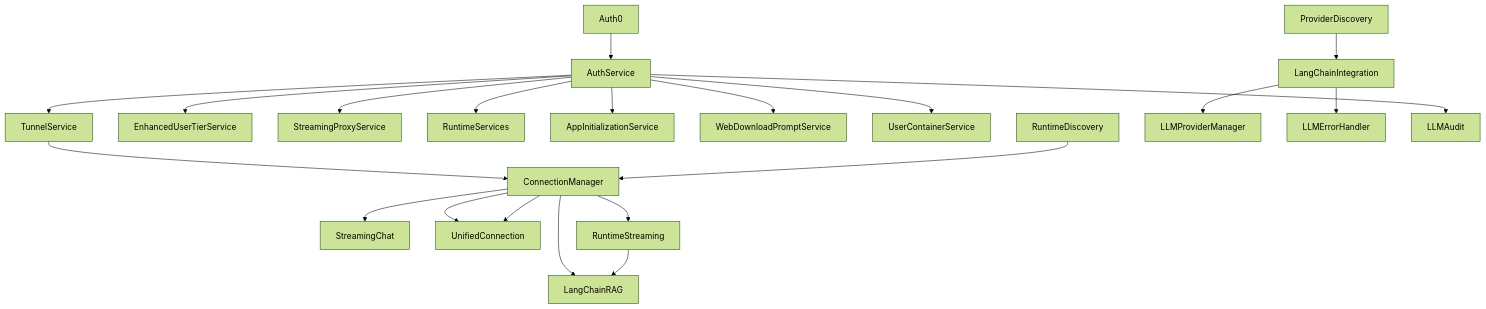
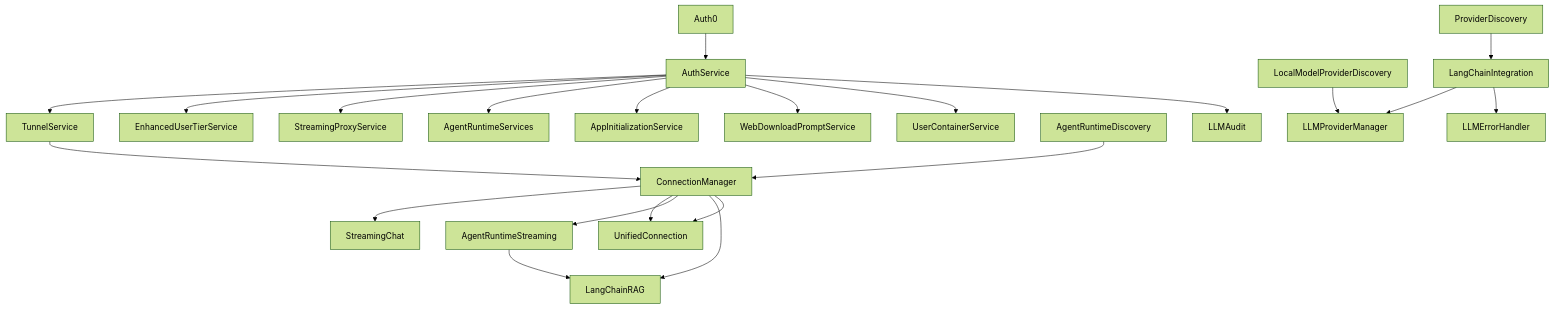
The diagram in docs/architecture/service_lifecycle.md (imrightguy/CloudToLocalLLM), drawn with Mermaid (forest theme) before and after one commit. The commit also changed other lines of this file and 30 other files, not shown here.

Commit message:
ai(Codex): clarify agent runtime documentation

````diff
--- a/docs/architecture/service_lifecycle.md
+++ b/docs/architecture/service_lifecycle.md
@@ -20,23 +20,24 @@
 ```mermaid
 graph TD
   Auth0 --> AuthService
   AuthService --> TunnelService
   AuthService --> EnhancedUserTierService
   AuthService --> StreamingProxyService
-  AuthService --> RuntimeServices
+  AuthService --> AgentRuntimeServices
   AuthService --> AppInitializationService
   AuthService --> WebDownloadPromptService
   AuthService --> UserContainerService
   TunnelService --> ConnectionManager
-  RuntimeDiscovery --> ConnectionManager
+  AgentRuntimeDiscovery --> ConnectionManager
+  LocalModelProviderDiscovery --> LLMProviderManager
   ConnectionManager --> StreamingChat
   ConnectionManager --> UnifiedConnection
-  ConnectionManager --> RuntimeStreaming
+  ConnectionManager --> AgentRuntimeStreaming
   ConnectionManager --> LangChainRAG
   ProviderDiscovery --> LangChainIntegration
   LangChainIntegration --> LLMProviderManager
   LangChainIntegration --> LLMErrorHandler
-  RuntimeStreaming --> LangChainRAG
+  AgentRuntimeStreaming --> LangChainRAG
   AuthService --> LLMAudit
   ConnectionManager --> UnifiedConnection
 ```
````
